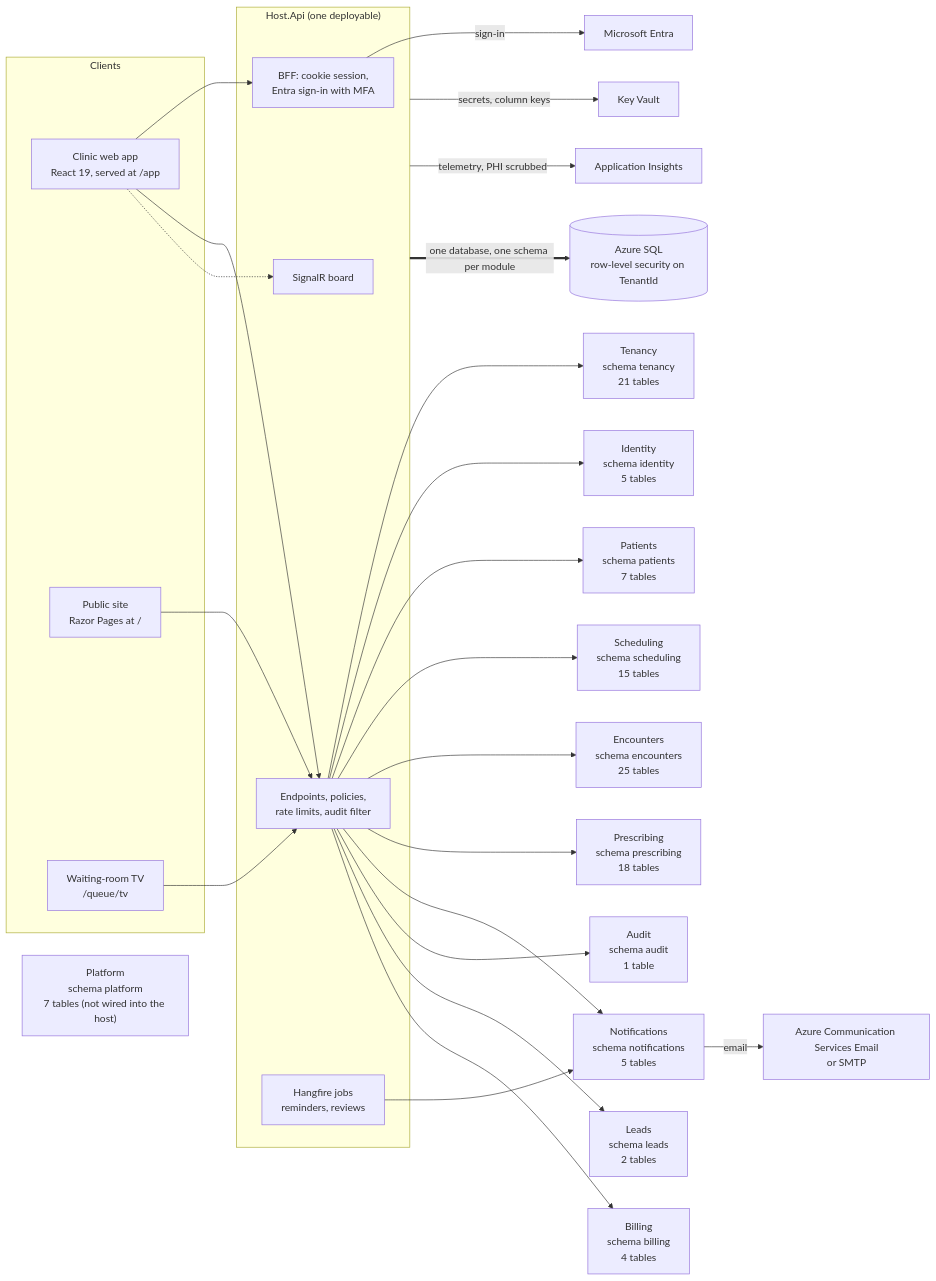
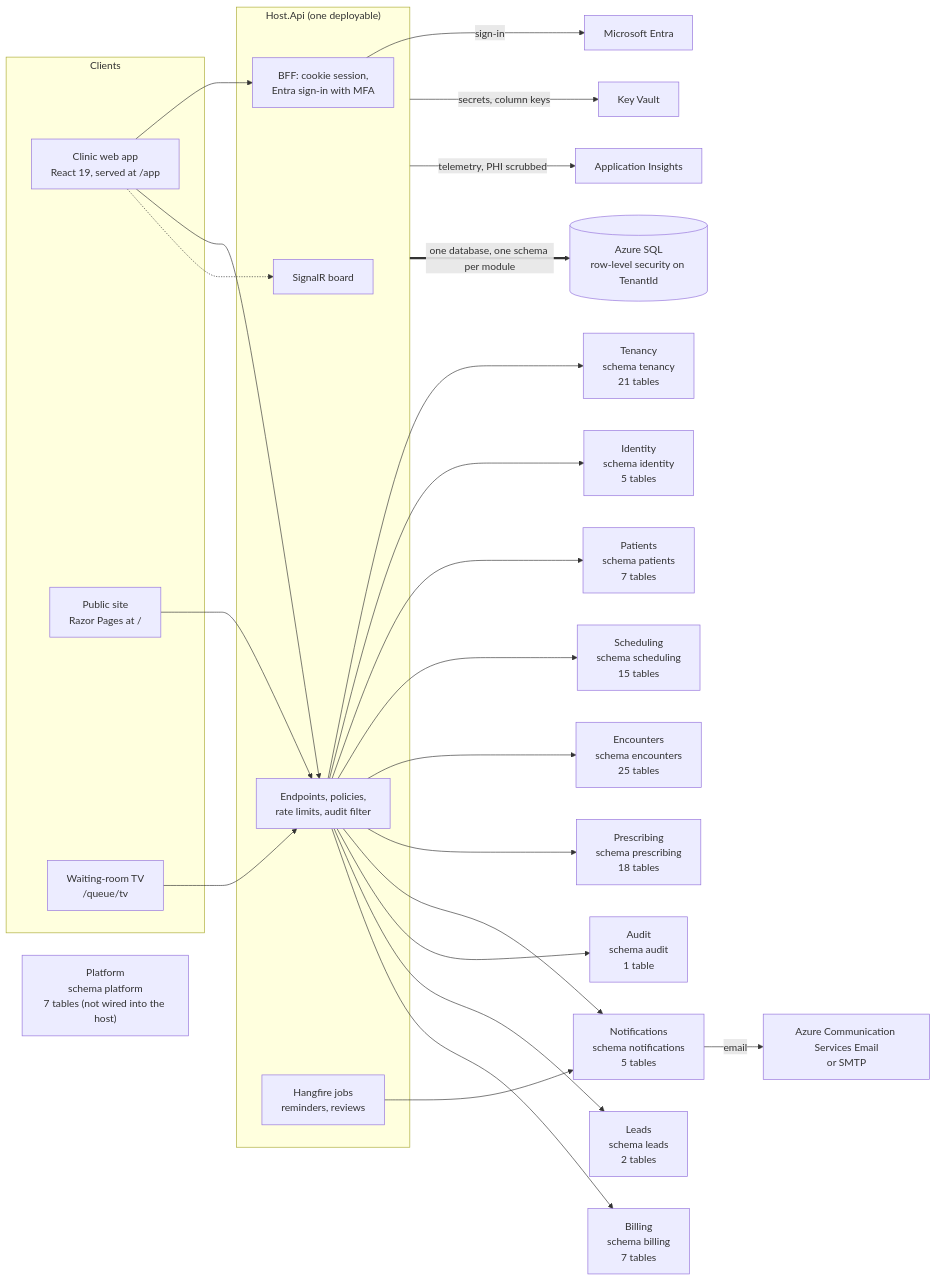
Before and after one commit to ALFRED-LUCIFER/medvya: the first of 14 diagrams in docs/03-architecture/erd.md, drawn with Mermaid. The commit also changed other lines of this file and 50 other files, not shown here.

````diff
--- a/docs/03-architecture/erd.md
+++ b/docs/03-architecture/erd.md
@@ -15,36 +15,36 @@
 ```mermaid
 flowchart LR
   subgraph Clients
     web["Clinic web app<br/>React 19, served at /app"]
     site["Public site<br/>Razor Pages at /"]
     tv["Waiting-room TV<br/>/queue/tv"]
   end
   subgraph Host["Host.Api (one deployable)"]
     bff["BFF: cookie session,<br/>Entra sign-in with MFA"]
     api["Endpoints, policies,<br/>rate limits, audit filter"]
     hub["SignalR board"]
     jobs["Hangfire jobs<br/>reminders, reviews"]
   end
   web --> bff
   web --> api
   web -.-> hub
   tv --> api
   site --> api
   api --> Tenancy["Tenancy<br/>schema tenancy<br/>21 tables"]
   api --> Identity["Identity<br/>schema identity<br/>5 tables"]
   api --> Patients["Patients<br/>schema patients<br/>7 tables"]
   api --> Scheduling["Scheduling<br/>schema scheduling<br/>15 tables"]
   api --> Encounters["Encounters<br/>schema encounters<br/>25 tables"]
   api --> Prescribing["Prescribing<br/>schema prescribing<br/>18 tables"]
   api --> Notifications["Notifications<br/>schema notifications<br/>5 tables"]
   api --> Audit["Audit<br/>schema audit<br/>1 table"]
   api --> Leads["Leads<br/>schema leads<br/>2 tables"]
-  api --> Billing["Billing<br/>schema billing<br/>4 tables"]
+  api --> Billing["Billing<br/>schema billing<br/>7 tables"]
   Platform["Platform<br/>schema platform<br/>7 tables (not wired into the host)"]
   jobs --> Notifications
   bff -->|"sign-in"| entra["Microsoft Entra"]
   Notifications -->|"email"| mail["Azure Communication Services Email<br/>or SMTP"]
   Host -->|"secrets, column keys"| kv["Key Vault"]
   Host -->|"telemetry, PHI scrubbed"| ai["Application Insights"]
   Host ==>|"one database, one schema per module"| sql[("Azure SQL<br/>row-level security on TenantId")]
 ```
````
